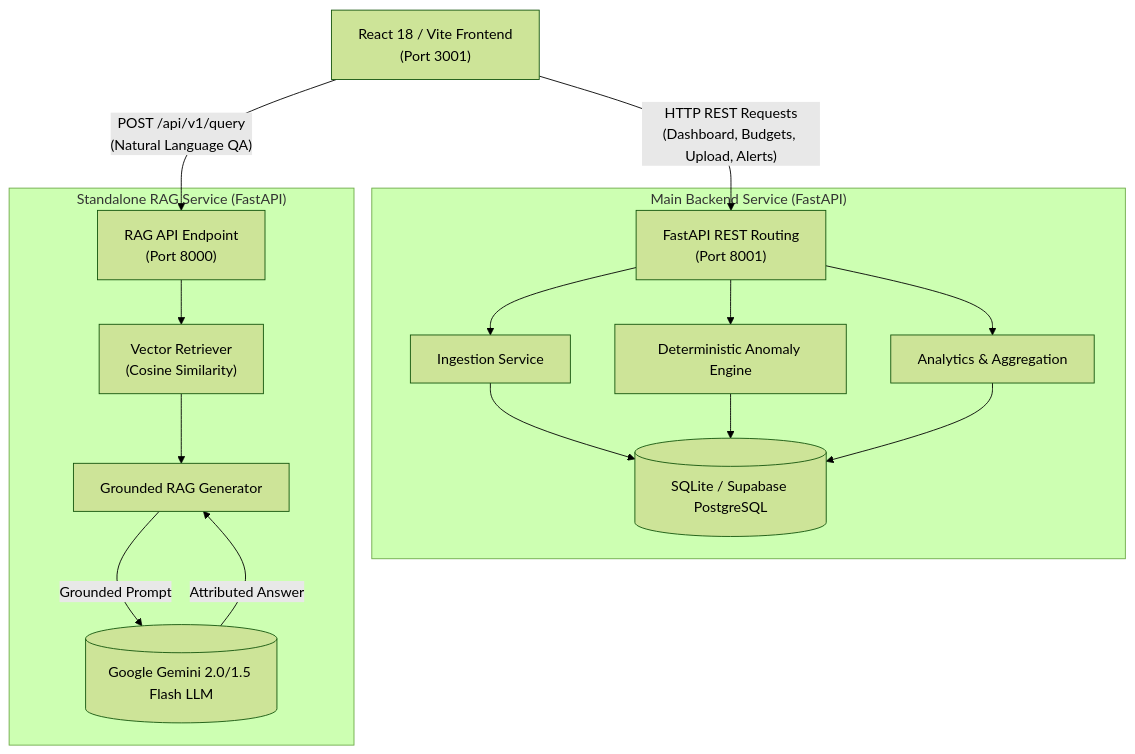
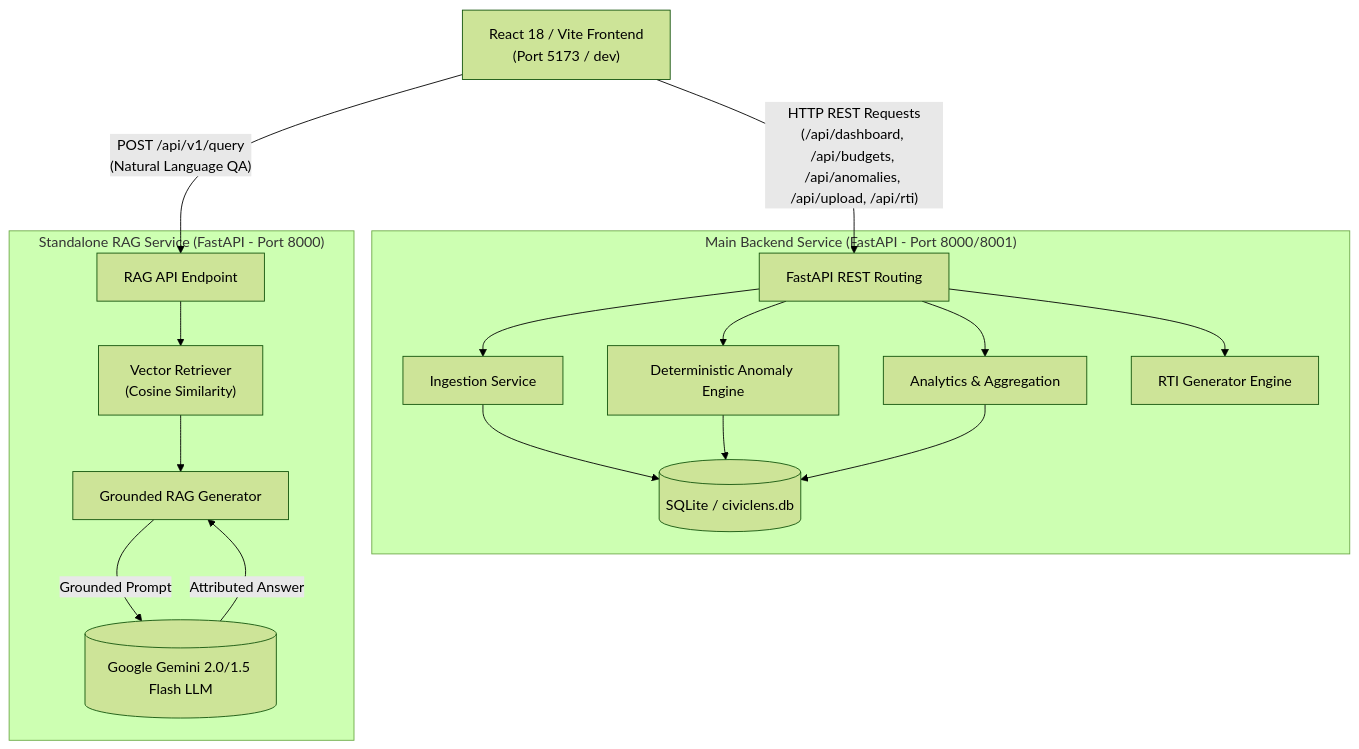
Before and after one commit to pranjalgupta1130/CivicLens: the first of 2 diagrams in README.md, drawn with Mermaid (forest theme). The commit also changed other lines of this file and 1 other file, not shown here.

````diff
--- a/README.md
+++ b/README.md
@@ -97,35 +102,37 @@
 ```mermaid
 graph TD
-    Client["React 18 / Vite Frontend<br/>(Port 3001)"]
+    Client["React 18 / Vite Frontend<br/>(Port 5173 / dev)"]
 
-    subgraph "Main Backend Service (FastAPI)"
-        BackendAPI["FastAPI REST Routing<br/>(Port 8001)"]
+    subgraph "Main Backend Service (FastAPI - Port 8000/8001)"
+        BackendAPI["FastAPI REST Routing"]
         IngestionEngine["Ingestion Service"]
         AnomalyEngine["Deterministic Anomaly Engine"]
         AnalyticsService["Analytics & Aggregation"]
-        Database[("SQLite / Supabase PostgreSQL")]
+        RTIEngine["RTI Generator Engine"]
+        Database[("SQLite / civiclens.db")]
     end
 
-    subgraph "Standalone RAG Service (FastAPI)"
-        RAGAPI["RAG API Endpoint<br/>(Port 8000)"]
+    subgraph "Standalone RAG Service (FastAPI - Port 8000)"
+        RAGAPI["RAG API Endpoint"]
         Retriever["Vector Retriever<br/>(Cosine Similarity)"]
         Generator["Grounded RAG Generator"]
         Gemini[("Google Gemini 2.0/1.5 Flash LLM")]
     end
 
-    Client -- "HTTP REST Requests<br/>(Dashboard, Budgets, Upload, Alerts)" --> BackendAPI
+    Client -- "HTTP REST Requests<br/>(/api/dashboard, /api/budgets, /api/anomalies, /api/upload, /api/rti)" --> BackendAPI
     Client -- "POST /api/v1/query<br/>(Natural Language QA)" --> RAGAPI
 
     BackendAPI --> IngestionEngine
     BackendAPI --> AnomalyEngine
     BackendAPI --> AnalyticsService
+    BackendAPI --> RTIEngine
 
     IngestionEngine --> Database
     AnomalyEngine --> Database
     AnalyticsService --> Database
 
     RAGAPI --> Retriever
     Retriever --> Generator
     Generator -- "Grounded Prompt" --> Gemini
     Gemini -- "Attributed Answer" --> Generator
 ```
````
